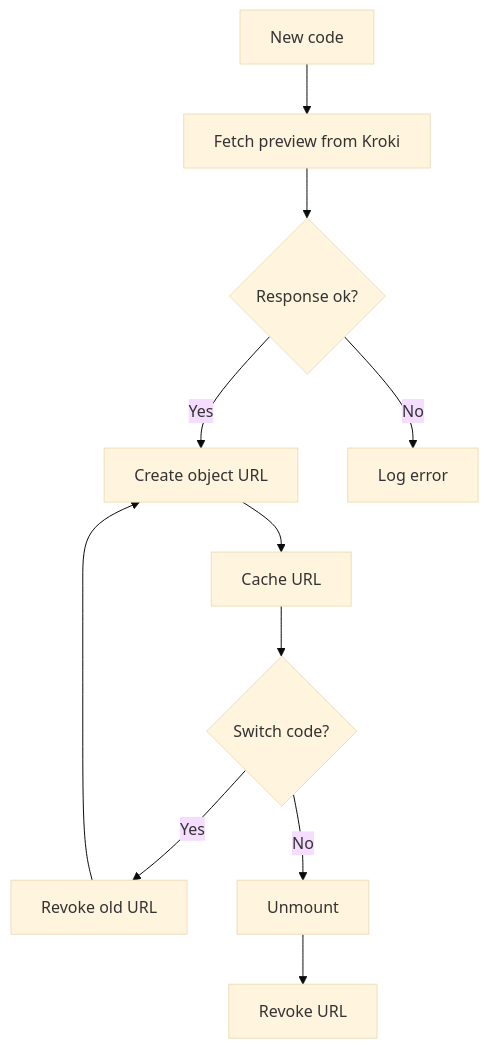
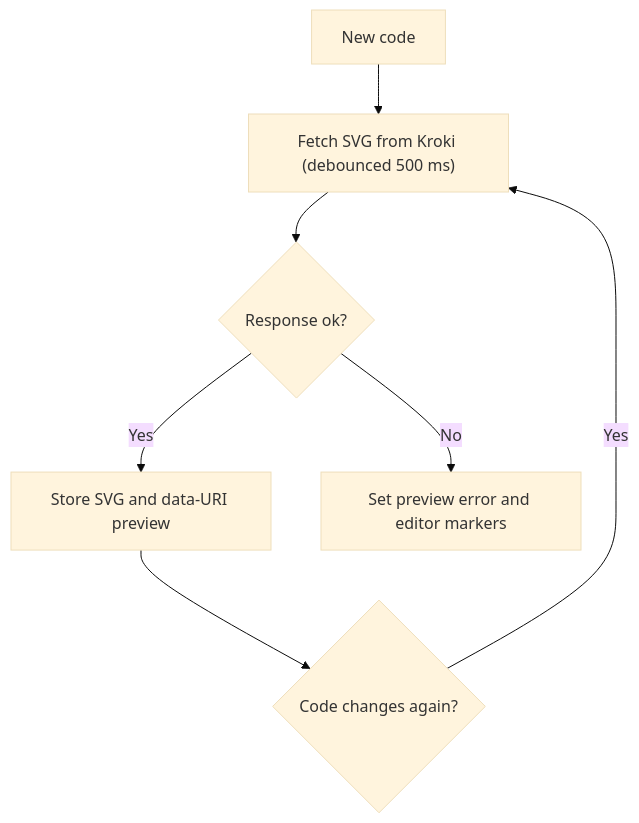
One commit to ongchonghian/universal-diagram-editor changed the fifth of 6 diagrams in .qoder/repowiki/en/content/Advanced Features/Performance Optimization.md. Above: the diagram before and after it, drawn with Mermaid (base theme). The commit also changed other lines of this file and 31 other files, not shown here.

````diff
--- a/.qoder/repowiki/en/content/Advanced Features/Performance Optimization.md
+++ b/.qoder/repowiki/en/content/Advanced Features/Performance Optimization.md
@@ -201,13 +202,9 @@
 ```mermaid
 flowchart TD
-A["New code"] --> B["Fetch preview from Kroki"]
+A["New code"] --> B["Fetch SVG from Kroki (debounced 500 ms)"]
 B --> C{"Response ok?"}
-C --> |Yes| D["Create object URL"]
-D --> E["Cache URL"]
-C --> |No| F["Log error"]
-E --> G{"Switch code?"}
-G --> |Yes| H["Revoke old URL"]
-H --> D
-G --> |No| I["Unmount"]
-I --> J["Revoke URL"]
+C --> |Yes| D["Store SVG and data-URI preview"]
+C --> |No| F["Set preview error and editor markers"]
+D --> G{"Code changes again?"}
+G --> |Yes| B
 ```
````
